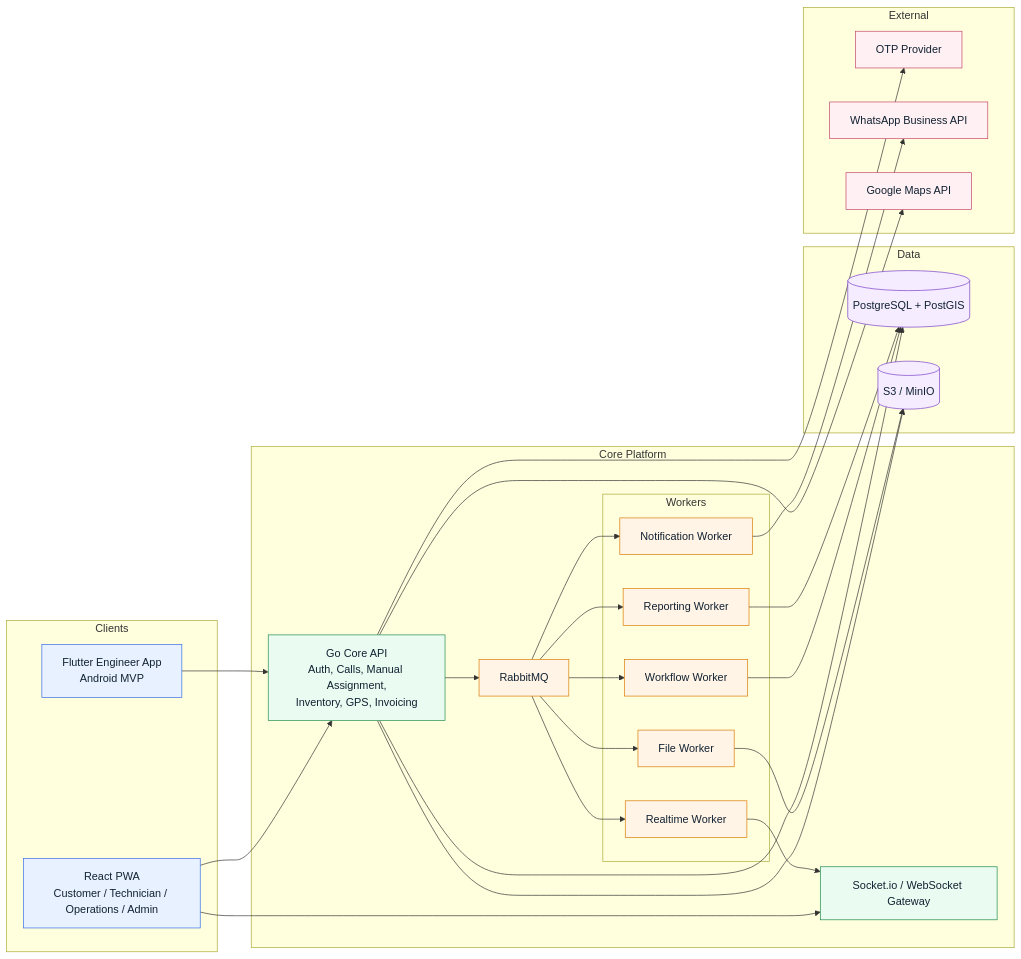
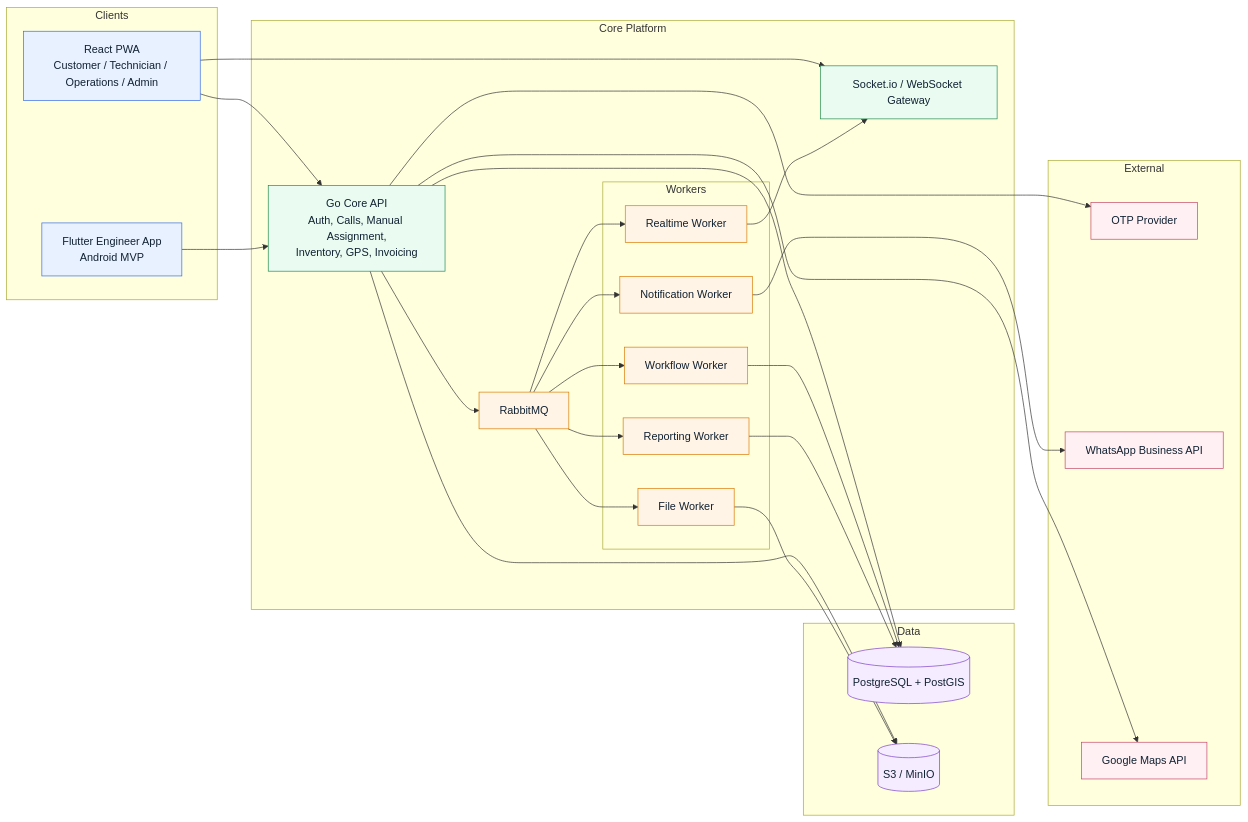
One commit to Rama12/EIPlatform1 changed the first of 3 diagrams in Readme.md. Above: the diagram before and after it, drawn with Mermaid.

Commit message:
one more readme update

````diff
--- a/Readme.md
+++ b/Readme.md
@@ -42,58 +42,61 @@
 ```mermaid
 flowchart LR
     classDef client fill:#E8F1FF,stroke:#356AE6,color:#123;
     classDef core fill:#EAFBF1,stroke:#1F8A4C,color:#123;
     classDef async fill:#FFF4E5,stroke:#D97A00,color:#123;
     classDef data fill:#F5ECFF,stroke:#7A3EC8,color:#123;
     classDef ext fill:#FFF0F3,stroke:#C44569,color:#123;
 
     subgraph Clients
         PWA[React PWA<br/>Customer / Technician / Operations / Admin]
         ENGAPP[Flutter Engineer App<br/>Android MVP]
     end
 
     subgraph Core["Core Platform"]
         API[Go Core API<br/>Auth, Calls, Manual Assignment,<br/>Inventory, GPS, Invoicing]
         WS[Socket.io / WebSocket Gateway]
         MQ[RabbitMQ]
         subgraph Workers
             NOTIF[Notification Worker]
             REAL[Realtime Worker]
             FILE[File Worker]
             FLOW[Workflow Worker]
             REPORT[Reporting Worker]
         end
     end
 
     subgraph Data
         PG[(PostgreSQL + PostGIS)]
         S3[(S3 / MinIO)]
     end
 
     subgraph External
         OTP[OTP Provider]
         WA[WhatsApp Business API]
         MAPS[Google Maps API]
     end
 
     PWA --> API
     ENGAPP --> API
     PWA --> WS
     API --> PG
     API --> S3
     API --> OTP
     API --> MAPS
     API --> MQ
 
     MQ --> NOTIF --> WA
     MQ --> REAL --> WS
     MQ --> FILE --> S3
     MQ --> FLOW --> PG
     MQ --> REPORT --> PG
 
+    PG ~~~ OTP
+    S3 ~~~ MAPS
+
     class PWA,ENGAPP client;
     class API,WS core;
     class MQ,NOTIF,REAL,FILE,FLOW,REPORT async;
     class PG,S3 data;
     class OTP,WA,MAPS ext;
 ```
````
